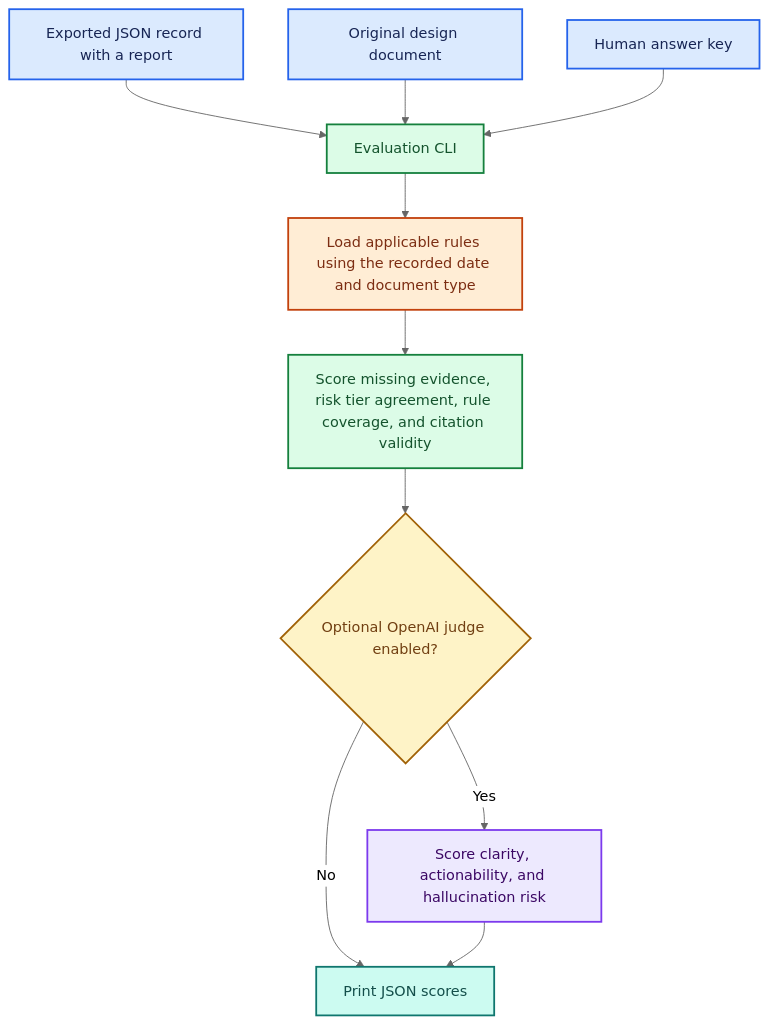
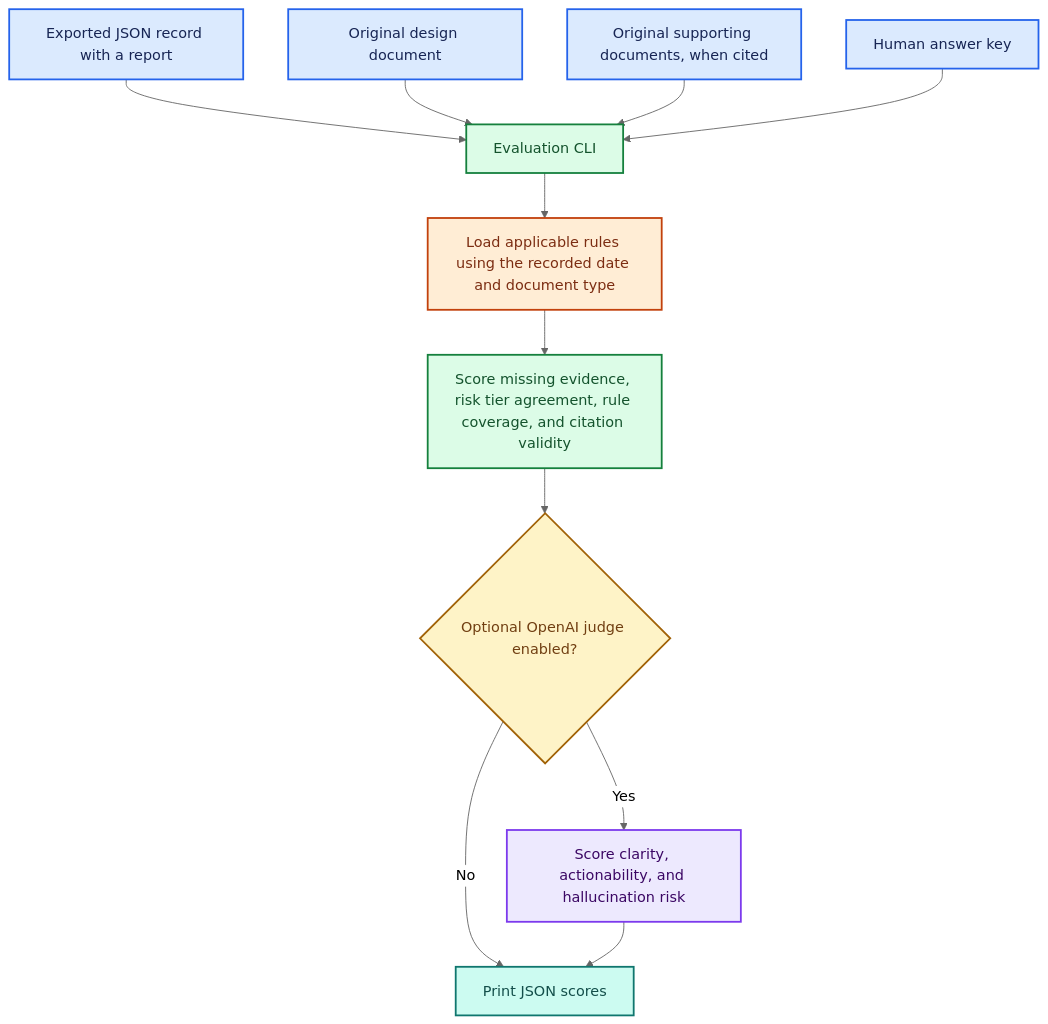
The tenth of 11 diagrams in flowdiagrams.md (girisheduru/archgovasst), drawn with Mermaid (neutral theme) before and after one commit. The commit also changed other lines of this file and 26 other files, not shown here.

````diff
--- a/flowdiagrams.md
+++ b/flowdiagrams.md
@@ -258,25 +261,26 @@
 ```mermaid
 flowchart TD
     Record["Exported JSON record with a report"] --> Evaluate["Evaluation CLI"]
     Source["Original design document"] --> Evaluate
+    Supporting["Original supporting documents, when cited"] --> Evaluate
     Key["Human answer key"] --> Evaluate
     Evaluate --> Rules["Load applicable rules using the recorded date and document type"]
     Rules --> Metrics["Score missing evidence, risk tier agreement, rule coverage, and citation validity"]
     Metrics --> Judge{"Optional OpenAI judge enabled?"}
     Judge -->|"Yes"| OpenAI["Score clarity, actionability, and hallucination risk"]
     Judge -->|"No"| Output["Print JSON scores"]
     OpenAI --> Output
 
     classDef user fill:#dbeafe,stroke:#2563eb,color:#172554,stroke-width:2px;
-    class Record,Source,Key user;
+    class Record,Source,Supporting,Key user;
     classDef process fill:#dcfce7,stroke:#15803d,color:#14532d,stroke-width:2px;
     class Evaluate,Metrics process;
     classDef store fill:#ffedd5,stroke:#c2410c,color:#7c2d12,stroke-width:2px;
     class Rules store;
     classDef decision fill:#fef3c7,stroke:#a16207,color:#713f12,stroke-width:2px;
     class Judge decision;
     classDef llm fill:#ede9fe,stroke:#7c3aed,color:#3b0764,stroke-width:2px;
     class OpenAI llm;
     classDef output fill:#ccfbf1,stroke:#0f766e,color:#134e4a,stroke-width:2px;
     class Output output;
 ```
````
